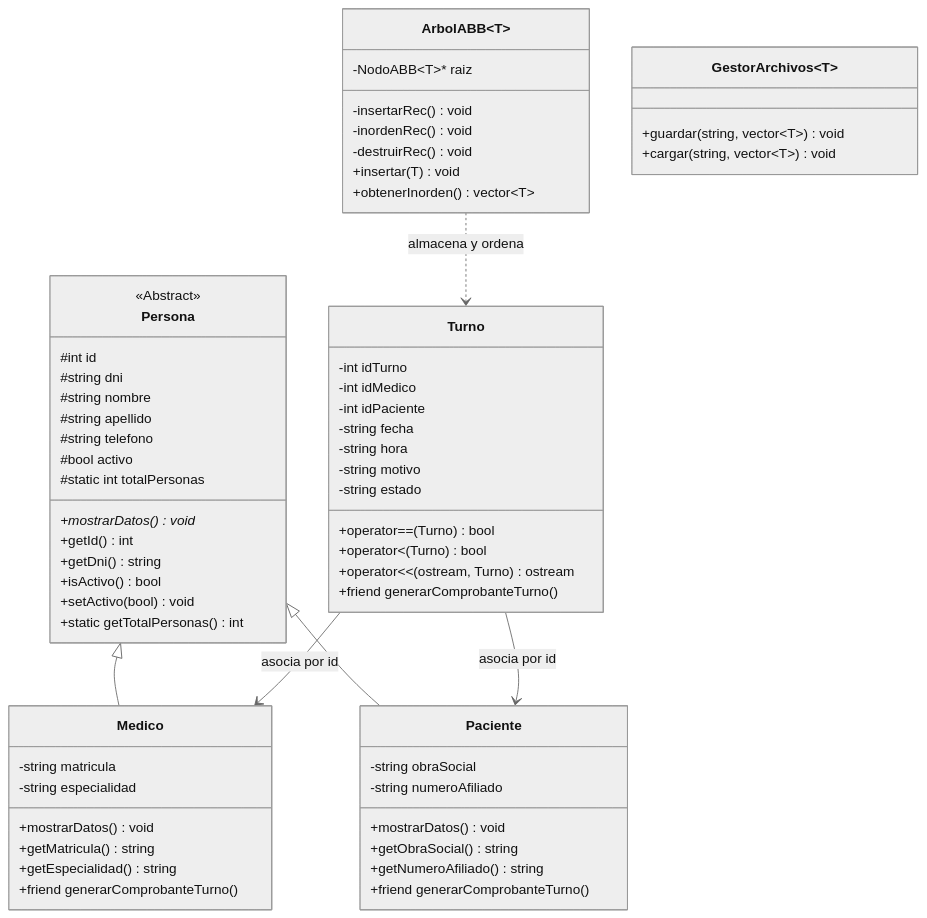
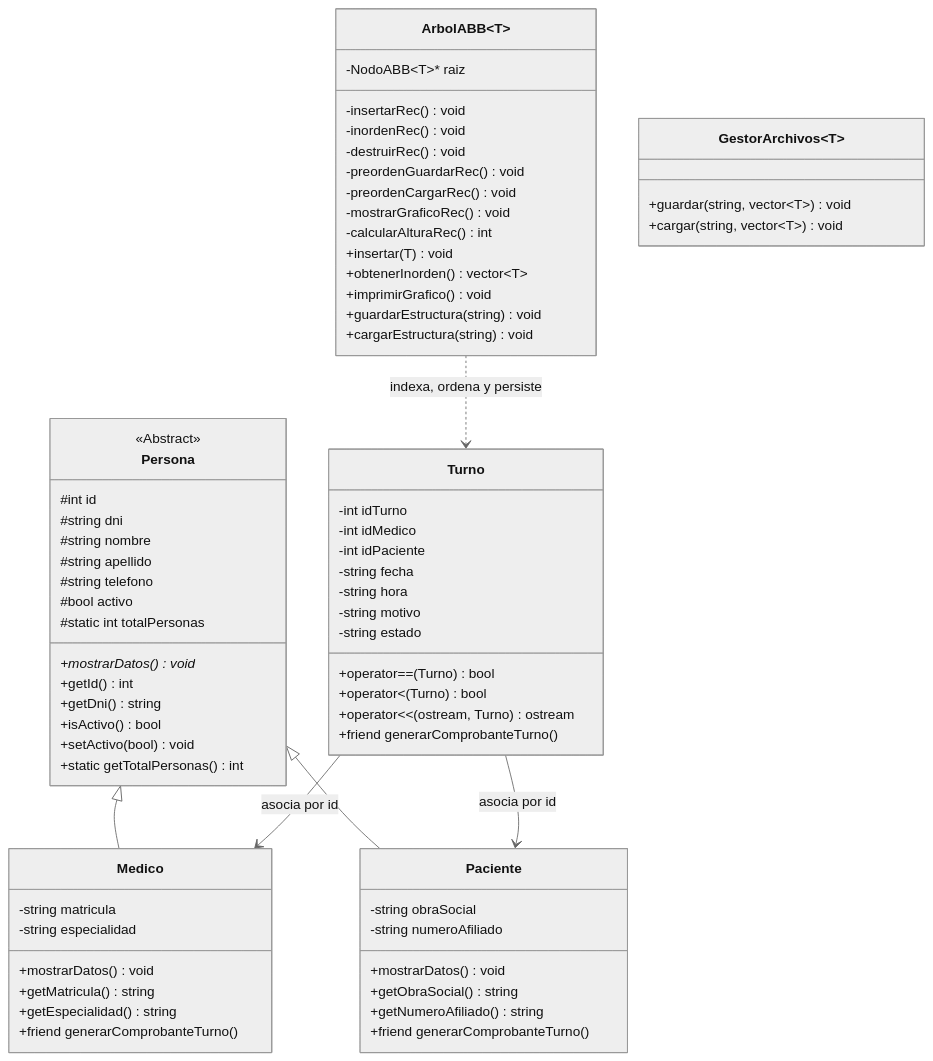
Before and after one commit to Rax0r-cmd/tp_final_ing_software: the diagram in README.md, drawn with Mermaid (neutral theme). The commit also changed other lines of this file and 7 other files, not shown here.

````diff
--- a/README.md
+++ b/README.md
@@ -17,71 +17,78 @@
 ```mermaid
 classDiagram
     class Persona {
         <<Abstract>>
         #int id
         #string dni
         #string nombre
         #string apellido
         #string telefono
         #bool activo
         #static int totalPersonas
         +mostrarDatos()* void
         +getId() int
         +getDni() string
         +isActivo() bool
         +setActivo(bool) void
         +static getTotalPersonas() int
     }
 
     class Medico {
         -string matricula
         -string especialidad
         +mostrarDatos() void
         +getMatricula() string
         +getEspecialidad() string
         +friend generarComprobanteTurno()
     }
 
     class Paciente {
         -string obraSocial
         -string numeroAfiliado
         +mostrarDatos() void
         +getObraSocial() string
         +getNumeroAfiliado() string
         +friend generarComprobanteTurno()
     }
 
     class Turno {
         -int idTurno
         -int idMedico
         -int idPaciente
         -string fecha
         -string hora
         -string motivo
         -string estado
         +operator==(Turno) bool
         +operator<(Turno) bool
         +operator<<(ostream, Turno) ostream
         +friend generarComprobanteTurno()
     }
 
     class ArbolABB~T~ {
         -NodoABB~T~* raiz
         -insertarRec() void
         -inordenRec() void
         -destruirRec() void
+        -preordenGuardarRec() void
+        -preordenCargarRec() void
+        -mostrarGraficoRec() void
+        -calcularAlturaRec() int
         +insertar(T) void
         +obtenerInorden() vector~T~
+        +imprimirGrafico() void
+        +guardarEstructura(string) void
+        +cargarEstructura(string) void
     }
 
     class GestorArchivos~T~ {
         +guardar(string, vector~T~) void
         +cargar(string, vector~T~) void
     }
 
     Persona <|-- Medico
     Persona <|-- Paciente
     Turno --> Medico : asocia por id
     Turno --> Paciente : asocia por id
-    ArbolABB ..> Turno : almacena y ordena
+    ArbolABB ..> Turno : indexa, ordena y persiste
 ```
````
